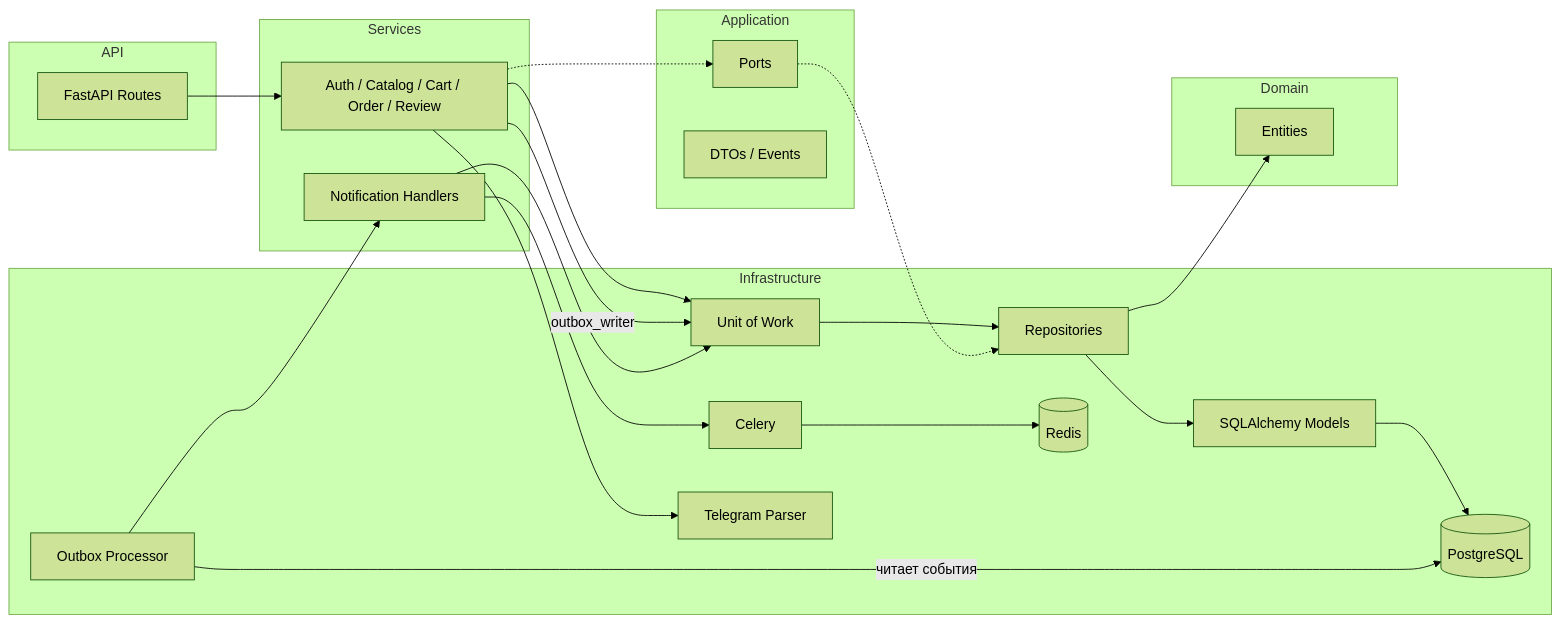
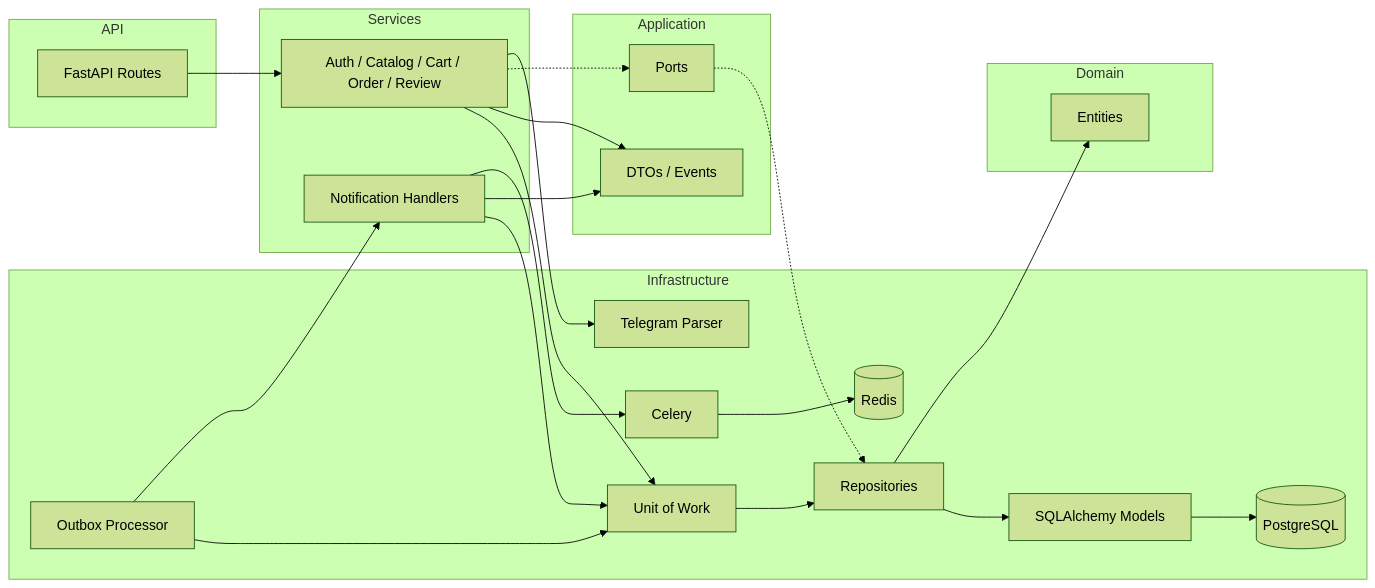
Before and after one commit to Mist3s/leaf-flow: the diagram in README.md, drawn with Mermaid (forest theme).

Commit message:
refactor: update README.md

````diff
--- a/README.md
+++ b/README.md
@@ -99,49 +99,50 @@
 ```mermaid
 graph LR
     subgraph API
         Routes[FastAPI Routes]
     end
 
     subgraph Services
         SVC[Auth / Catalog / Cart / Order / Review]
         HANDLERS[Notification Handlers]
     end
 
     subgraph Application
         PORTS[Ports]
         DTO[DTOs / Events]
     end
 
     subgraph Infrastructure
         UOW[Unit of Work]
         REPO[Repositories]
         MODELS[SQLAlchemy Models]
         DB[(PostgreSQL)]
         OUTBOX[Outbox Processor]
         CELERY[Celery]
         REDIS[(Redis)]
         TELEGRAM[Telegram Parser]
     end
 
     subgraph Domain
         ENTITIES[Entities]
     end
 
     Routes --> SVC
     SVC --> UOW
+    SVC --> DTO
     UOW --> REPO
     REPO --> MODELS
     MODELS --> DB
     REPO --> ENTITIES
     SVC -.-> PORTS
     PORTS -.-> REPO
 
-    SVC -->|outbox_writer| UOW
-    OUTBOX -->|читает события| DB
+    OUTBOX --> UOW
     OUTBOX --> HANDLERS
     HANDLERS --> UOW
+    HANDLERS --> DTO
     HANDLERS --> CELERY
     CELERY --> REDIS
 
     SVC --> TELEGRAM
 ```
````
